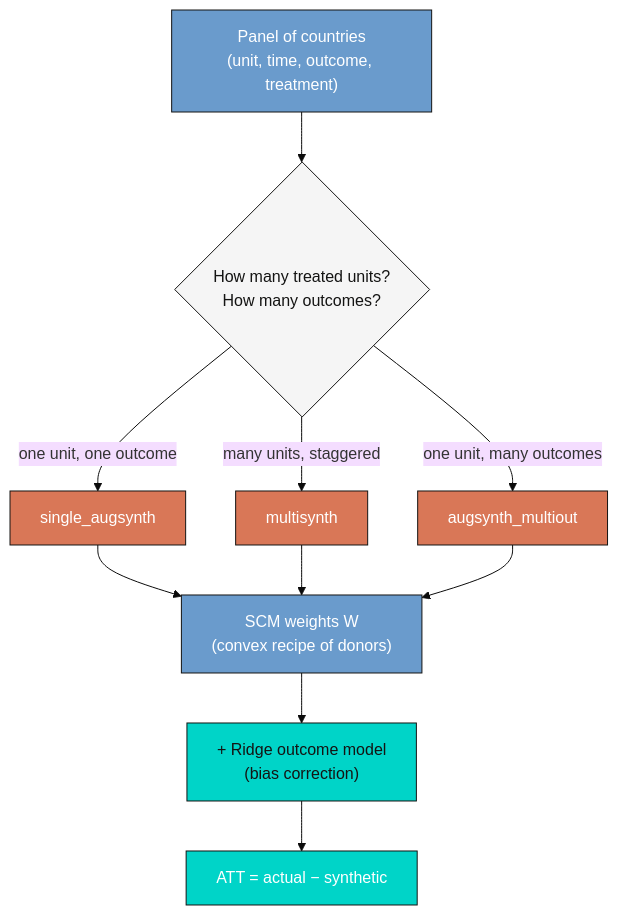
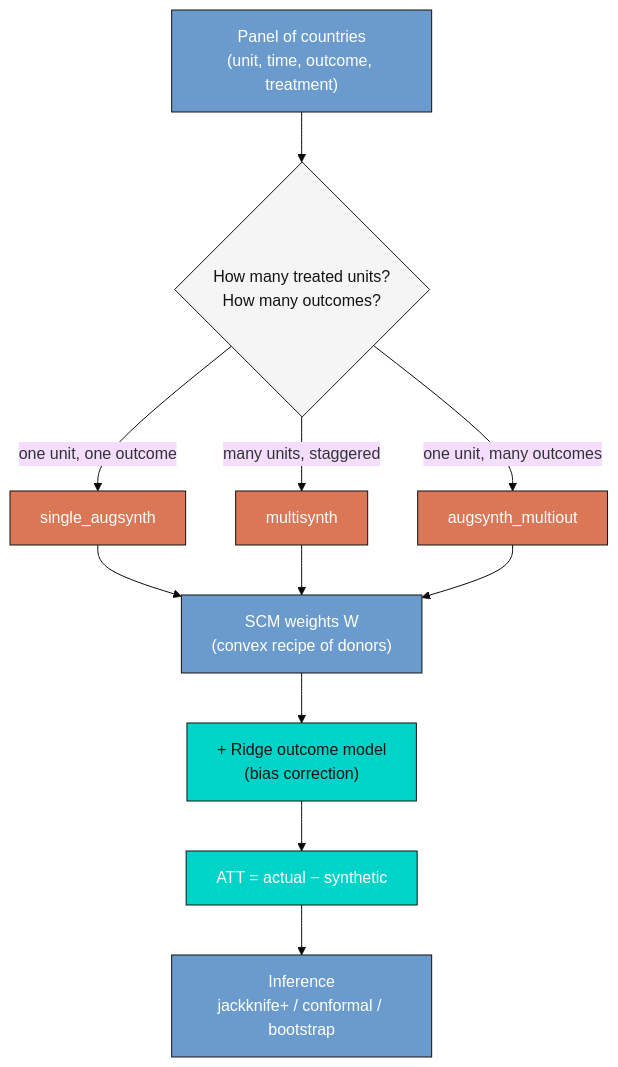
Before and after one commit to cmg777/starter-academic-v501: the diagram in content/post/r_sc_multi_country/index.md, drawn with Mermaid (base theme). The commit also changed other lines of this file and 27 other files, not shown here.

````diff
--- a/content/post/r_sc_multi_country/index.md
+++ b/content/post/r_sc_multi_country/index.md
@@ -113,20 +113,22 @@
 ```mermaid
 flowchart TD
     P["Panel of countries<br/>(unit, time, outcome, treatment)"] --> D{"How many treated units?<br/>How many outcomes?"}
     D -->|one unit, one outcome| S["single_augsynth"]
     D -->|many units, staggered| M["multisynth"]
     D -->|one unit, many outcomes| O["augsynth_multiout"]
     S --> W["SCM weights W<br/>(convex recipe of donors)"]
     M --> W
     O --> W
     W --> R["+ Ridge outcome model<br/>(bias correction)"]
     R --> A["ATT = actual − synthetic"]
+    A --> I["Inference<br/>jackknife+ / conformal / bootstrap"]
     style P fill:#6a9bcc,stroke:#141413,color:#fff
     style D fill:#f5f5f5,stroke:#141413,color:#141413
     style S fill:#d97757,stroke:#141413,color:#fff
     style M fill:#d97757,stroke:#141413,color:#fff
     style O fill:#d97757,stroke:#141413,color:#fff
     style W fill:#6a9bcc,stroke:#141413,color:#fff
     style R fill:#00d4c8,stroke:#141413,color:#141413
     style A fill:#00d4c8,stroke:#141413,color:#fff
+    style I fill:#6a9bcc,stroke:#141413,color:#fff
 ```
````
